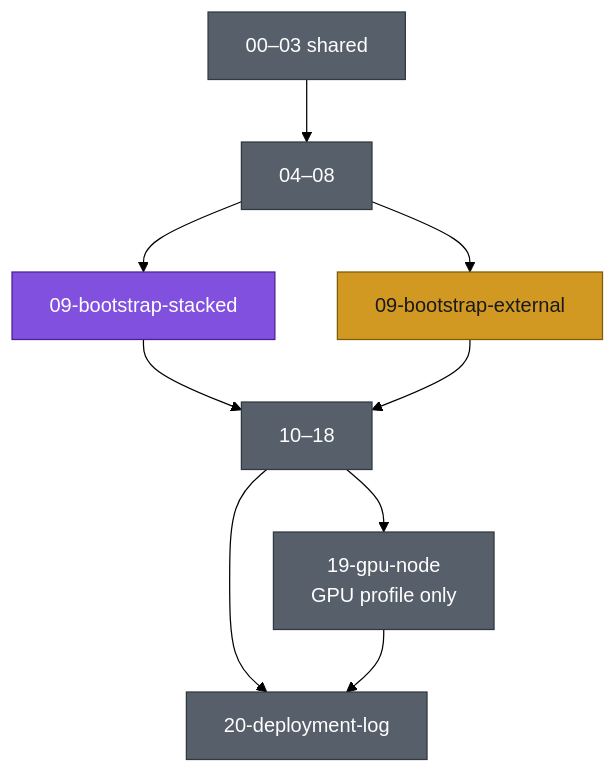
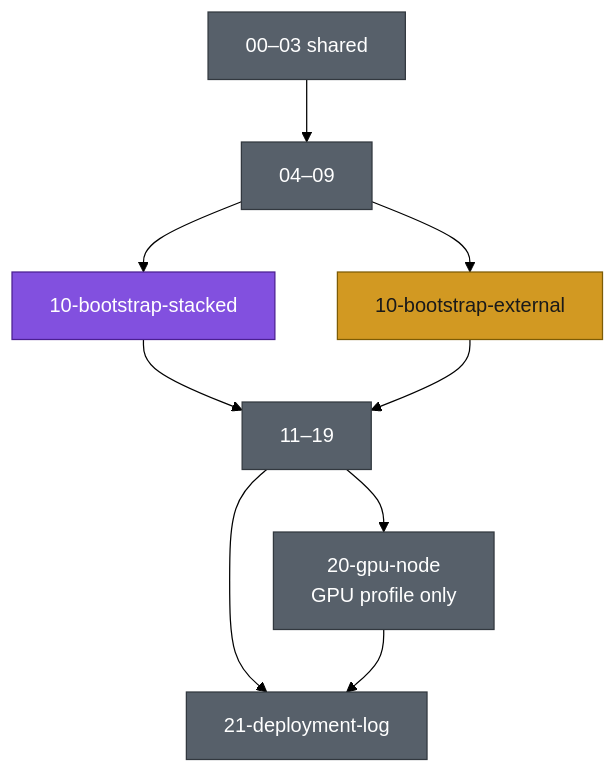
One commit to bahman-farhadian/kubernetes-lab changed the diagram in README.md. Above: the diagram before and after it, drawn with Mermaid (forest theme). The commit also changed other lines of this file and 24 other files, not shown here.

````diff
--- a/README.md
+++ b/README.md
@@ -25,16 +26,16 @@
 ```mermaid
 flowchart TD
     Root["00–03 shared"]:::common
-    Root --> P04["04–08"]:::common
-    P04 --> S09["09-bootstrap-stacked"]:::scenarioA
-    P04 --> E09["09-bootstrap-external"]:::scenarioB
-    S09 --> Rest["10–18"]:::common
-    E09 --> Rest
-    Rest --> GPU["19-gpu-node\nGPU profile only"]:::common
-    Rest --> Log["20-deployment-log"]:::common
+    Root --> P04["04–09"]:::common
+    P04 --> S10["10-bootstrap-stacked"]:::scenarioA
+    P04 --> E10["10-bootstrap-external"]:::scenarioB
+    S10 --> Rest["11–19"]:::common
+    E10 --> Rest
+    Rest --> GPU["20-gpu-node\nGPU profile only"]:::common
+    Rest --> Log["21-deployment-log"]:::common
     GPU --> Log
 
     classDef common fill:#57606a,stroke:#32383f,color:#ffffff
     classDef scenarioA fill:#8250df,stroke:#4b1f91,color:#ffffff
     classDef scenarioB fill:#d29922,stroke:#7d5c05,color:#1a1a1a
 ```
````
